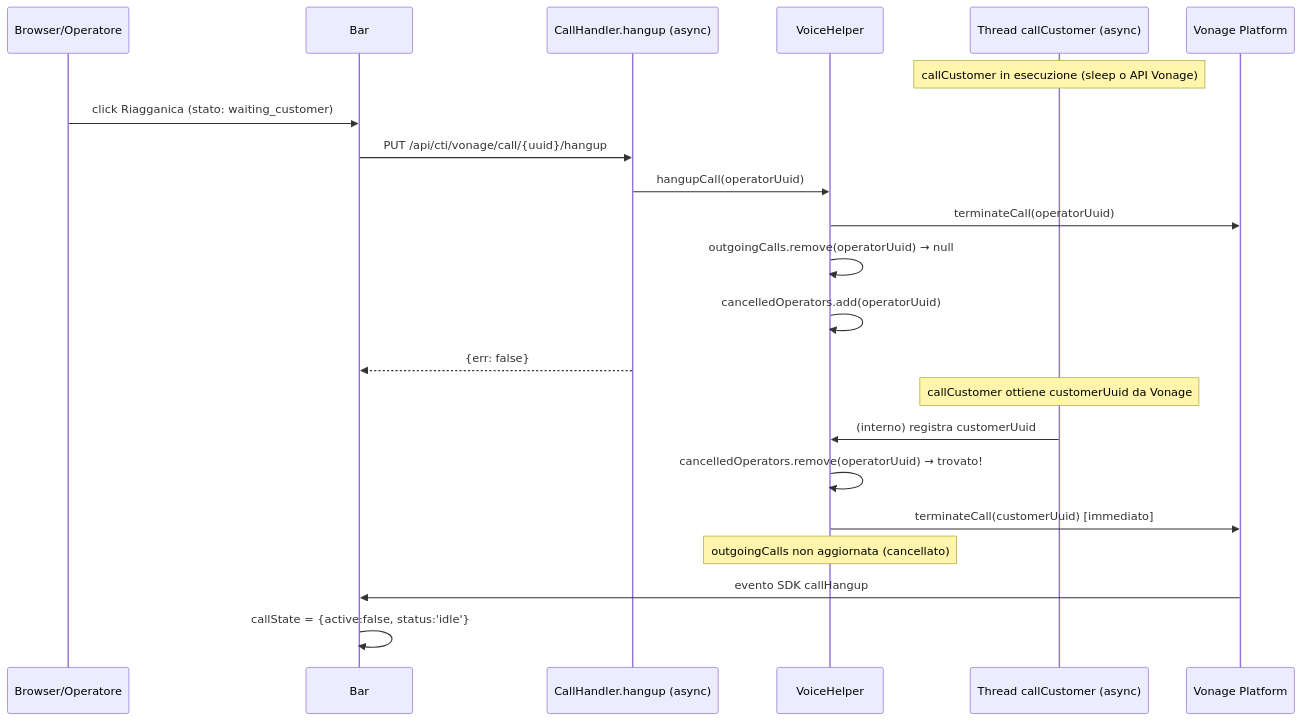
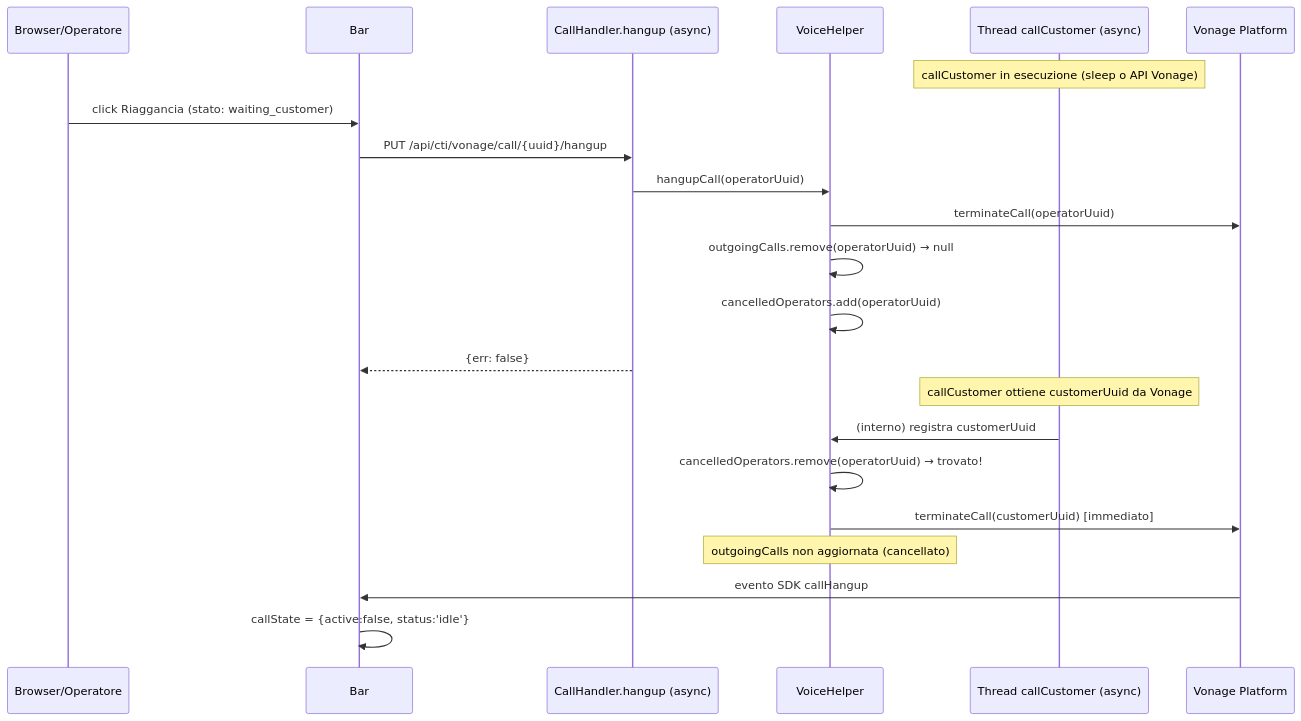
One commit to riccardovacirca/jms changed the second of 2 diagrams in module/cti/vonage/docs/core/wf_008_annullamento_pre_risposta.md. Above: the diagram before and after it, drawn with Mermaid. The commit also changed other lines of this file and 76 other files, not shown here.

````diff
--- a/module/cti/vonage/docs/core/wf_008_annullamento_pre_risposta.md
+++ b/module/cti/vonage/docs/core/wf_008_annullamento_pre_risposta.md
@@ -59,29 +65,27 @@
 ```mermaid
 sequenceDiagram
     participant Op as Browser/Operatore
     participant Bar as Bar
     participant HangupH as CallHandler.hangup (async)
     participant Helper as VoiceHelper
     participant AnswerT as Thread callCustomer (async)
     participant Vonage as Vonage Platform
 
-    %% Race condition: hangup arriva prima del customerUuid
     Note over AnswerT: callCustomer in esecuzione (sleep o API Vonage)
-
-    Op->>Bar: click Riagganica (stato: waiting_customer)
+    Op->>Bar: click Riaggancia (stato: waiting_customer)
     Bar->>HangupH: PUT /api/cti/vonage/call/{uuid}/hangup
     HangupH->>Helper: hangupCall(operatorUuid)
     Helper->>Vonage: terminateCall(operatorUuid)
     Helper->>Helper: outgoingCalls.remove(operatorUuid) → null
     Helper->>Helper: cancelledOperators.add(operatorUuid)
     HangupH-->>Bar: {err: false}
 
     Note over AnswerT: callCustomer ottiene customerUuid da Vonage
     AnswerT->>Helper: (interno) registra customerUuid
     Helper->>Helper: cancelledOperators.remove(operatorUuid) → trovato!
     Helper->>Vonage: terminateCall(customerUuid) [immediato]
     Note over Helper: outgoingCalls non aggiornata (cancellato)
 
     Vonage->>Bar: evento SDK callHangup
     Bar->>Bar: callState = {active:false, status:'idle'}
 ```
````
